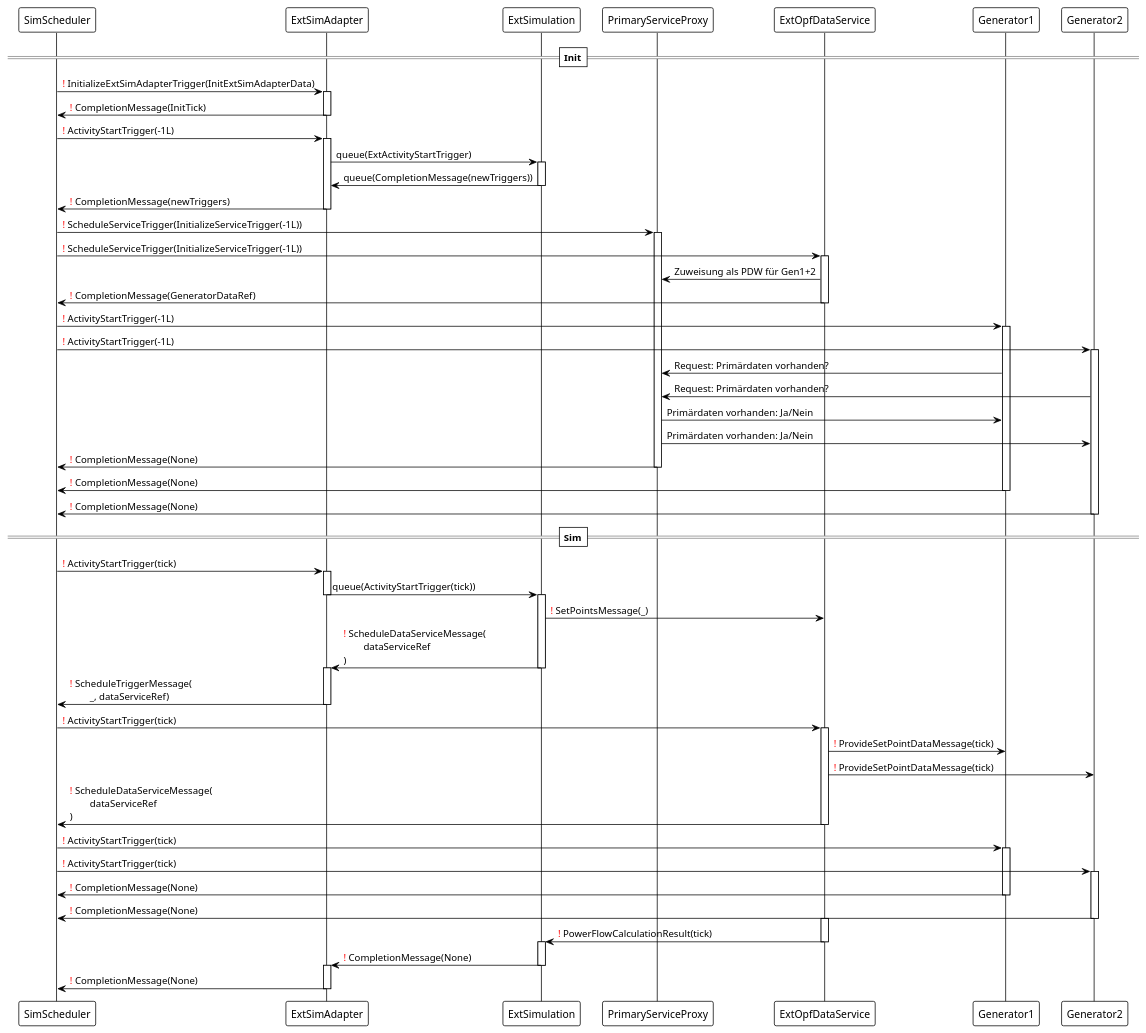
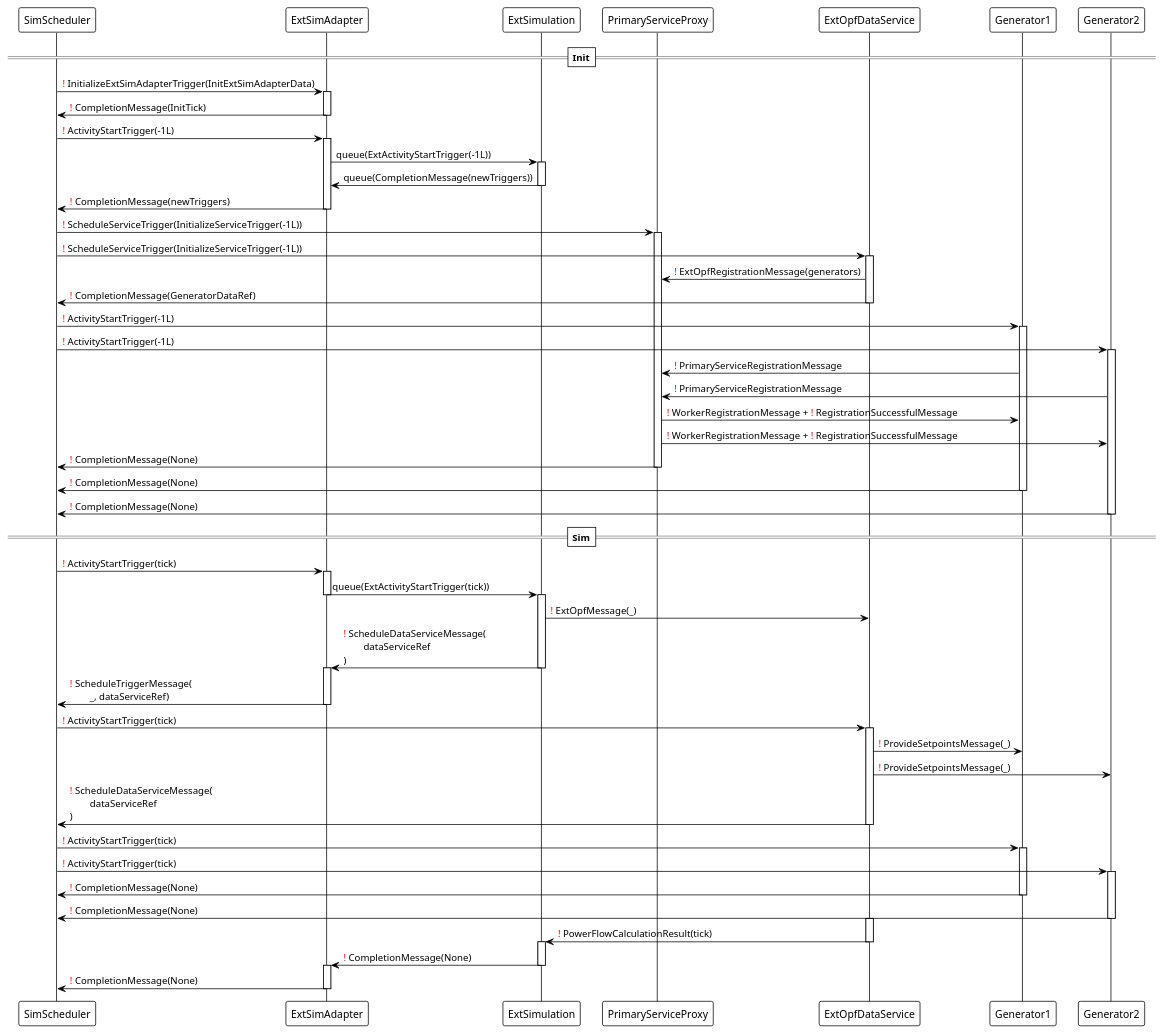
One commit to ie3-institute/simona changed the diagram in docs/uml/protocol/ExtDCOPFSimulationSequence.puml. Above: the diagram before and after it, drawn with PlantUML. The commit also changed 1 other file, not shown here.

```diff
--- a/docs/uml/protocol/ExtDCOPFSimulationSequence.puml
+++ b/docs/uml/protocol/ExtDCOPFSimulationSequence.puml
@@ -1,100 +1,100 @@
 @startuml
 
 !theme plain
 
 ==Init==
 SimScheduler -> ExtSimAdapter: <font color=red>!</font> InitializeExtSimAdapterTrigger(InitExtSimAdapterData)
 activate ExtSimAdapter
 
 ExtSimAdapter -> SimScheduler: <font color=red>!</font> CompletionMessage(InitTick)
 deactivate ExtSimAdapter
 
 
 
 SimScheduler -> ExtSimAdapter: <font color=red>!</font> ActivityStartTrigger(-1L)
 activate ExtSimAdapter
 
-ExtSimAdapter -> ExtSimulation: queue(ExtActivityStartTrigger)
+ExtSimAdapter -> ExtSimulation: queue(ExtActivityStartTrigger(-1L))
 activate ExtSimulation
 
 ExtSimulation -> ExtSimAdapter: queue(CompletionMessage(newTriggers))
 deactivate ExtSimulation
 
 ExtSimAdapter -> SimScheduler: <font color=red>!</font> CompletionMessage(newTriggers)
 deactivate ExtSimAdapter
 
 
 
 SimScheduler -> PrimaryServiceProxy: <font color=red>!</font> ScheduleServiceTrigger(InitializeServiceTrigger(-1L))
 activate PrimaryServiceProxy
 
 SimScheduler -> ExtOpfDataService: <font color=red>!</font> ScheduleServiceTrigger(InitializeServiceTrigger(-1L))
 activate ExtOpfDataService
 
-ExtOpfDataService -> PrimaryServiceProxy: Zuweisung als PDW für Gen1+2
+ExtOpfDataService -> PrimaryServiceProxy: <font color=red>!</font> ExtOpfRegistrationMessage(generators)
 ExtOpfDataService -> SimScheduler: <font color=red>!</font> CompletionMessage(GeneratorDataRef)
 deactivate ExtOpfDataService
 
 SimScheduler -> Generator1: <font color=red>!</font> ActivityStartTrigger(-1L)
 activate Generator1
 SimScheduler -> Generator2: <font color=red>!</font> ActivityStartTrigger(-1L)
 activate Generator2
 
-Generator1 -> PrimaryServiceProxy: Request: Primärdaten vorhanden?
-Generator2 -> PrimaryServiceProxy: Request: Primärdaten vorhanden?
+Generator1 -> PrimaryServiceProxy: <font color=red>!</font> PrimaryServiceRegistrationMessage
+Generator2 -> PrimaryServiceProxy: <font color=red>!</font> PrimaryServiceRegistrationMessage
 
-PrimaryServiceProxy -> Generator1: Primärdaten vorhanden: Ja/Nein
-PrimaryServiceProxy -> Generator2: Primärdaten vorhanden: Ja/Nein
+PrimaryServiceProxy -> Generator1: <font color=red>!</font> WorkerRegistrationMessage + <font color=red>!</font> RegistrationSuccessfulMessage
+PrimaryServiceProxy -> Generator2: <font color=red>!</font> WorkerRegistrationMessage + <font color=red>!</font> RegistrationSuccessfulMessage
 PrimaryServiceProxy -> SimScheduler: <font color=red>!</font> CompletionMessage(None)
 deactivate PrimaryServiceProxy
 
 Generator1 -> SimScheduler: <font color=red>!</font> CompletionMessage(None)
 deactivate Generator1
 Generator2 -> SimScheduler: <font color=red>!</font> CompletionMessage(None)
 deactivate Generator2
 
 ==Sim==
 SimScheduler -> ExtSimAdapter: <font color=red>!</font> ActivityStartTrigger(tick)
 activate ExtSimAdapter
 
-ExtSimAdapter -> ExtSimulation: queue(ActivityStartTrigger(tick))
+ExtSimAdapter -> ExtSimulation: queue(ExtActivityStartTrigger(tick))
 deactivate ExtSimAdapter
 
 activate ExtSimulation
-ExtSimulation -> ExtOpfDataService: <font color=red>!</font> SetPointsMessage(_)
+ExtSimulation -> ExtOpfDataService: <font color=red>!</font> ExtOpfMessage(_)
 ExtSimulation -> ExtSimAdapter: <font color=red>!</font> ScheduleDataServiceMessage(\n\tdataServiceRef\n)
 deactivate ExtSimulation
 
 activate ExtSimAdapter
 ExtSimAdapter -> SimScheduler: <font color=red>!</font> ScheduleTriggerMessage(\n\t_, dataServiceRef)
 deactivate ExtSimAdapter
 
 SimScheduler -> ExtOpfDataService: <font color=red>!</font> ActivityStartTrigger(tick)
 activate ExtOpfDataService
-ExtOpfDataService -> Generator1: <font color=red>!</font> ProvideSetPointDataMessage(tick)
-ExtOpfDataService -> Generator2: <font color=red>!</font> ProvideSetPointDataMessage(tick)
+ExtOpfDataService -> Generator1: <font color=red>!</font> ProvideSetpointsMessage(_)
+ExtOpfDataService -> Generator2: <font color=red>!</font> ProvideSetpointsMessage(_)
 ExtOpfDataService -> SimScheduler: <font color=red>!</font> ScheduleDataServiceMessage(\n\tdataServiceRef\n)
 deactivate ExtOpfDataService
 
 SimScheduler -> Generator1: <font color=red>!</font> ActivityStartTrigger(tick)
 activate Generator1
 SimScheduler -> Generator2: <font color=red>!</font> ActivityStartTrigger(tick)
 activate Generator2
 Generator1 -> SimScheduler: <font color=red>!</font> CompletionMessage(None)
 deactivate Generator1
 Generator2 -> SimScheduler: <font color=red>!</font> CompletionMessage(None)
 deactivate Generator2
 
 activate ExtOpfDataService
 ExtOpfDataService -> ExtSimulation: <font color=red>!</font> PowerFlowCalculationResult(tick)
 deactivate ExtOpfDataService
 
 activate ExtSimulation
 ExtSimulation -> ExtSimAdapter: <font color=red>!</font> CompletionMessage(None)
 deactivate ExtSimulation
 
 activate ExtSimAdapter
 ExtSimAdapter -> SimScheduler: <font color=red>!</font> CompletionMessage(None)
 deactivate ExtSimAdapter
 
 @enduml
```
